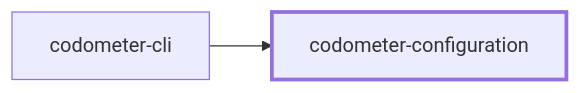
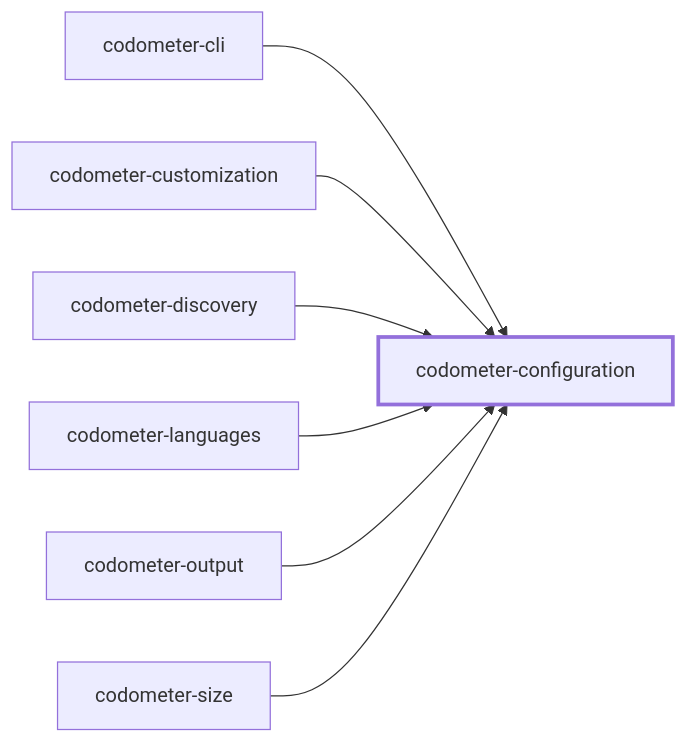
One commit to JimmyPaolini/codebase changed the first of 2 diagrams in packages/codometer-configuration/README.md. Above: the diagram before and after it, drawn with Mermaid. The commit also changed 282 other files, not shown here.

````diff
--- a/packages/codometer-configuration/README.md
+++ b/packages/codometer-configuration/README.md
@@ -389,8 +389,18 @@
 ```mermaid
 flowchart LR
   codometer_cli["codometer-cli"]
   codometer_configuration["codometer-configuration"]
+  codometer_customization["codometer-customization"]
+  codometer_discovery["codometer-discovery"]
+  codometer_languages["codometer-languages"]
+  codometer_output["codometer-output"]
+  codometer_size["codometer-size"]
   codometer_cli --> codometer_configuration
+  codometer_customization --> codometer_configuration
+  codometer_discovery --> codometer_configuration
+  codometer_languages --> codometer_configuration
+  codometer_output --> codometer_configuration
+  codometer_size --> codometer_configuration
   classDef subject stroke-width:3px
   class codometer_configuration subject
 ```
````
